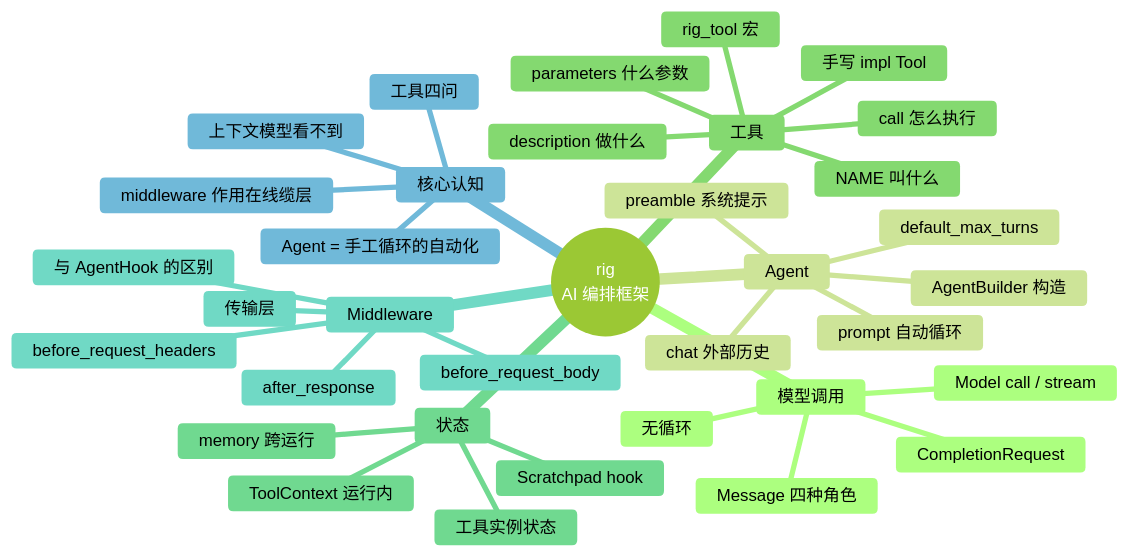
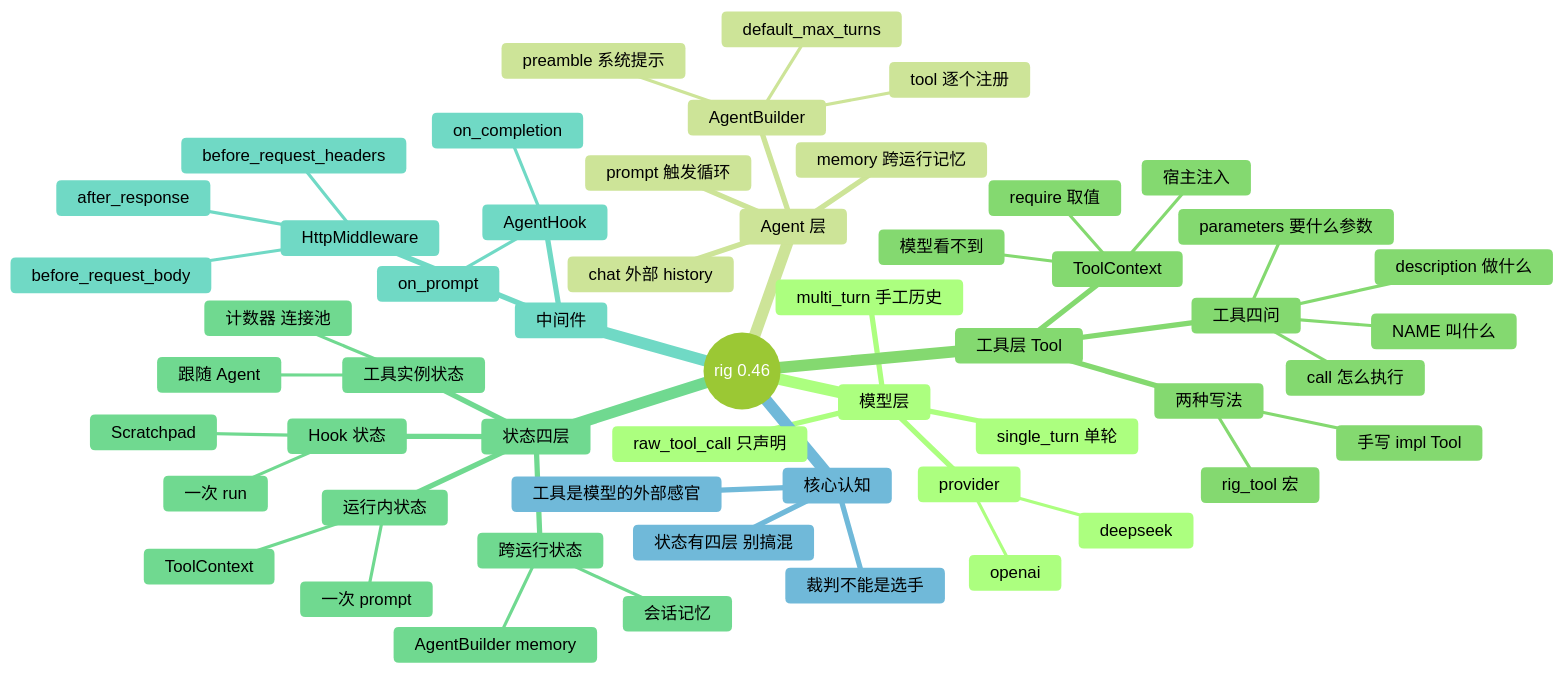
The fifth of 5 diagrams in 02-rig/README.md (heheshang/agent-learn), drawn with Mermaid (forest theme) before and after one commit. The commit also changed other lines of this file and 90 other files, not shown here.

````diff
--- a/02-rig/README.md
+++ b/02-rig/README.md
@@ -133,38 +507,57 @@
 ```mermaid
 mindmap
-  root((rig<br/>AI 编排框架))
-    模型调用
-      Message 四种角色
-      CompletionRequest
-      Model call / stream
-      无循环
-    Agent
-      AgentBuilder 构造
-      preamble 系统提示
-      default_max_turns
-      prompt 自动循环
-      chat 外部历史
-    工具
-      rig_tool 宏
-      手写 impl Tool
-      NAME 叫什么
-      description 做什么
-      parameters 什么参数
-      call 怎么执行
-    状态
+  root((rig 0.46))
+    模型层
+      single_turn 单轮
+      multi_turn 手工历史
+      raw_tool_call 只声明
+      provider
+        deepseek
+        openai
+    Agent 层
+      AgentBuilder
+        preamble 系统提示
+        tool 逐个注册
+        default_max_turns
+      prompt 触发循环
+      chat 外部 history
+      memory 跨运行记忆
+    工具层 Tool
+      工具四问
+        NAME 叫什么
+        description 做什么
+        parameters 要什么参数
+        call 怎么执行
+      两种写法
+        rig_tool 宏
+        手写 impl Tool
+      ToolContext
+        宿主注入
+        模型看不到
+        require 取值
+    状态四层
       工具实例状态
-      ToolContext 运行内
-      memory 跨运行
-      Scratchpad hook
-    Middleware
-      传输层
-      before_request_headers
-      before_request_body
-      after_response
-      与 AgentHook 的区别
+        跟随 Agent
+        计数器 连接池
+      运行内状态
+        ToolContext
+        一次 prompt
+      跨运行状态
+        AgentBuilder memory
+        会话记忆
+      Hook 状态
+        Scratchpad
+        一次 run
+    中间件
+      HttpMiddleware
+        before_request_headers
+        before_request_body
+        after_response
+      AgentHook
+        on_prompt
+        on_completion
     核心认知
-      Agent = 手工循环的自动化
-      工具四问
-      上下文模型看不到
-      middleware 作用在线缆层
+      工具是模型的外部感官
+      状态有四层 别搞混
+      裁判不能是选手
 ```
````
